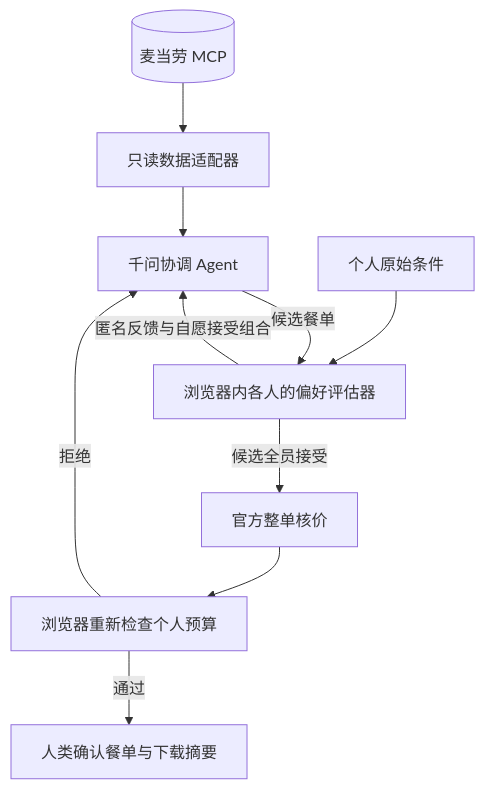
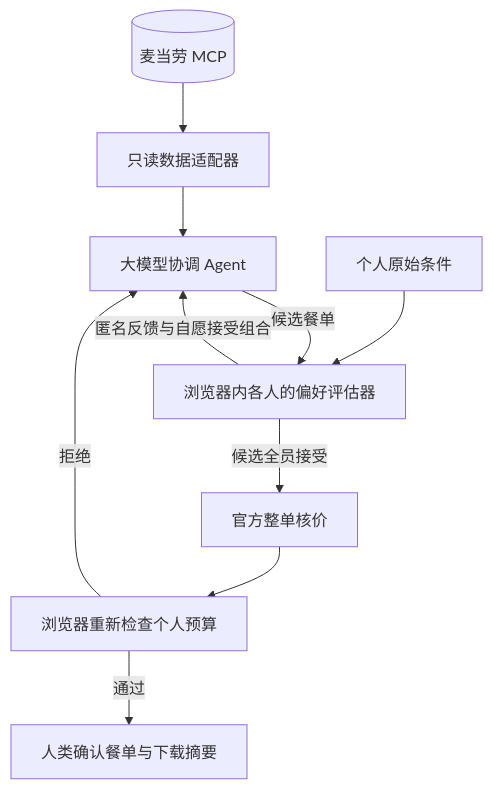
The diagram in README.md (amazingLH/mcd-secret-table), drawn with Mermaid before and after one commit. The commit also changed other lines of this file and 15 other files, not shown here.

````diff
--- a/README.md
+++ b/README.md
@@ -85,12 +105,12 @@
 ```mermaid
 flowchart TB
   MCD[(麦当劳 MCP)] --> Scout[只读数据适配器]
-  Scout --> Coordinator[千问协调 Agent]
+  Scout --> Coordinator[大模型协调 Agent]
   Coordinator -->|候选餐单| Local[浏览器内各人的偏好评估器]
   Private[个人原始条件] --> Local
   Local -->|匿名反馈与自愿接受组合| Coordinator
   Local -->|候选全员接受| Price[官方整单核价]
   Price --> Check[浏览器重新检查个人预算]
   Check -->|通过| Confirm[人类确认餐单与下载摘要]
   Check -->|拒绝| Coordinator
 ```
````
